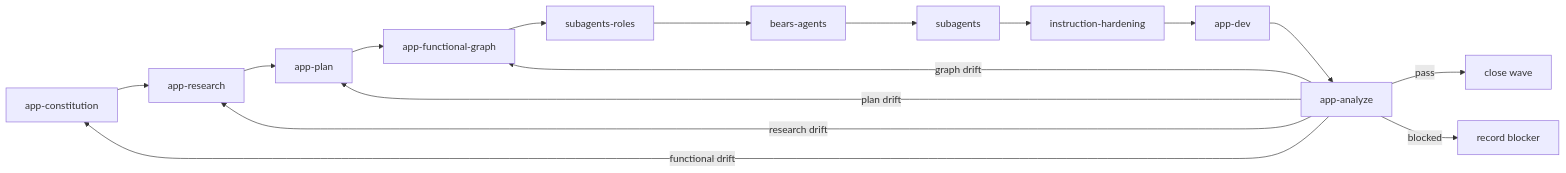
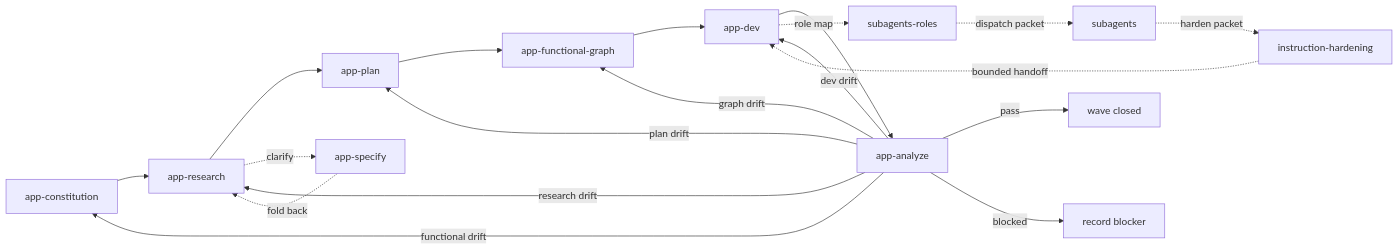
One commit to BearsCLOUD/bears-app-based-workflow changed the diagram in SPEC.md. Above: the diagram before and after it, drawn with Mermaid. The commit also changed other lines of this file and 42 other files, not shown here.

````diff
--- a/SPEC.md
+++ b/SPEC.md
@@ -22,18 +24,21 @@
 ```mermaid
 flowchart LR
   C["app-constitution"] --> R["app-research"]
   R --> P["app-plan"]
   P --> G["app-functional-graph"]
-  G --> RA["subagents-roles"]
-  RA --> BA["bears-agents"]
-  BA --> SG["subagents"]
-  SG --> H["instruction-hardening"]
-  H --> D["app-dev"]
+  G --> D["app-dev"]
   D --> A["app-analyze"]
+  R -.clarify.-> S["app-specify"]
+  S -.fold back.-> R
+  D -.role map.-> RA["subagents-roles"]
+  RA -.dispatch packet.-> SG["subagents"]
+  SG -.harden packet.-> H["instruction-hardening"]
+  H -.bounded handoff.-> D
   A -->|functional drift| C
   A -->|research drift| R
   A -->|plan drift| P
   A -->|graph drift| G
-  A -->|pass| X["close wave"]
+  A -->|dev drift| D
+  A -->|pass| X["wave closed"]
   A -->|blocked| B["record blocker"]
 ```
````
